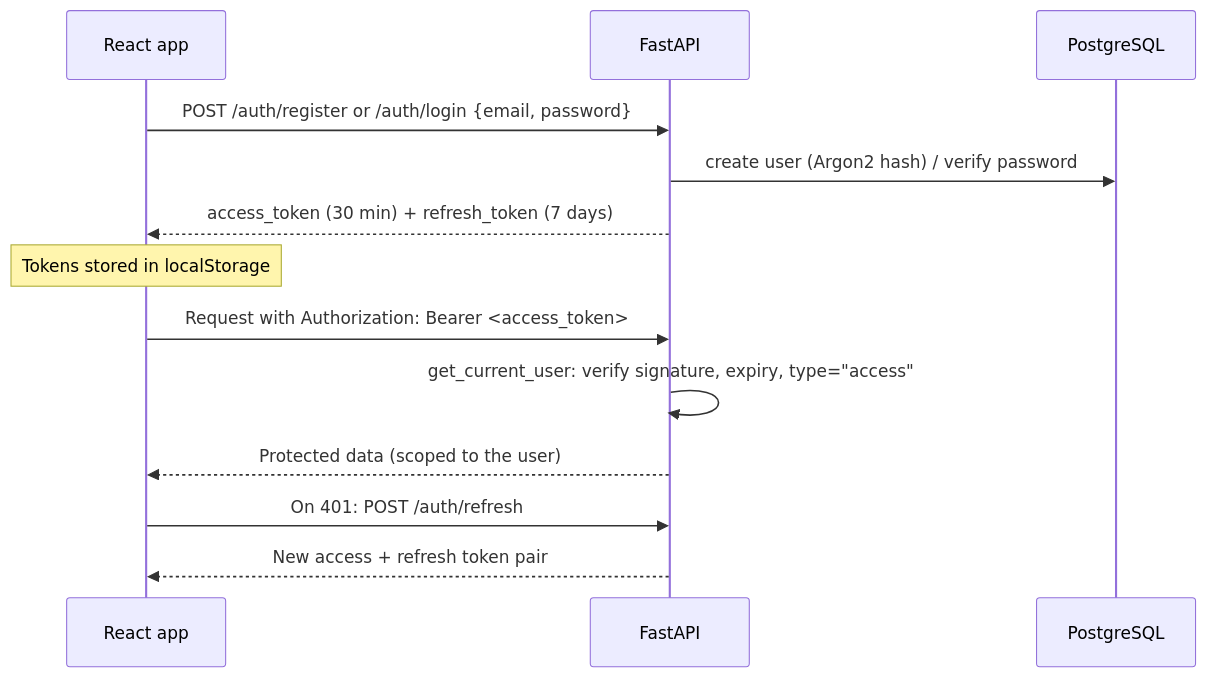
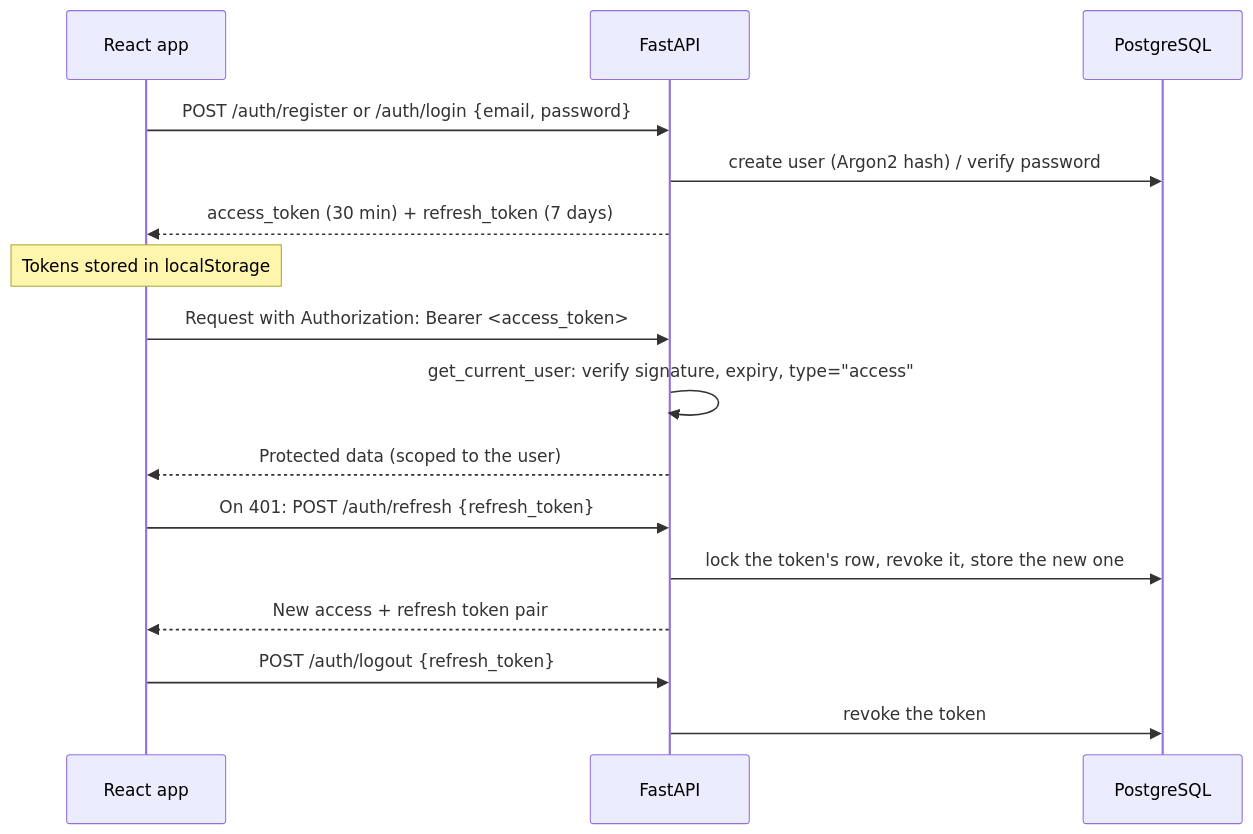
The second of 2 diagrams in README.md (sbsai25/studyvault), drawn with Mermaid before and after one commit. The commit also changed other lines of this file, not shown here.

Commit message:
docs: document quizzes, fill-in-the-blanks, stats, SM-2, auth and Docker

````diff
--- a/README.md
+++ b/README.md
@@ -136,16 +165,19 @@
 ```mermaid
 sequenceDiagram
     participant U as React app
     participant A as FastAPI
     participant DB as PostgreSQL
 
     U->>A: POST /auth/register or /auth/login {email, password}
     A->>DB: create user (Argon2 hash) / verify password
     A-->>U: access_token (30 min) + refresh_token (7 days)
     Note over U: Tokens stored in localStorage
     U->>A: Request with Authorization: Bearer <access_token>
     A->>A: get_current_user: verify signature, expiry, type="access"
     A-->>U: Protected data (scoped to the user)
-    U->>A: On 401: POST /auth/refresh
+    U->>A: On 401: POST /auth/refresh {refresh_token}
+    A->>DB: lock the token's row, revoke it, store the new one
     A-->>U: New access + refresh token pair
+    U->>A: POST /auth/logout {refresh_token}
+    A->>DB: revoke the token
 ```
````
